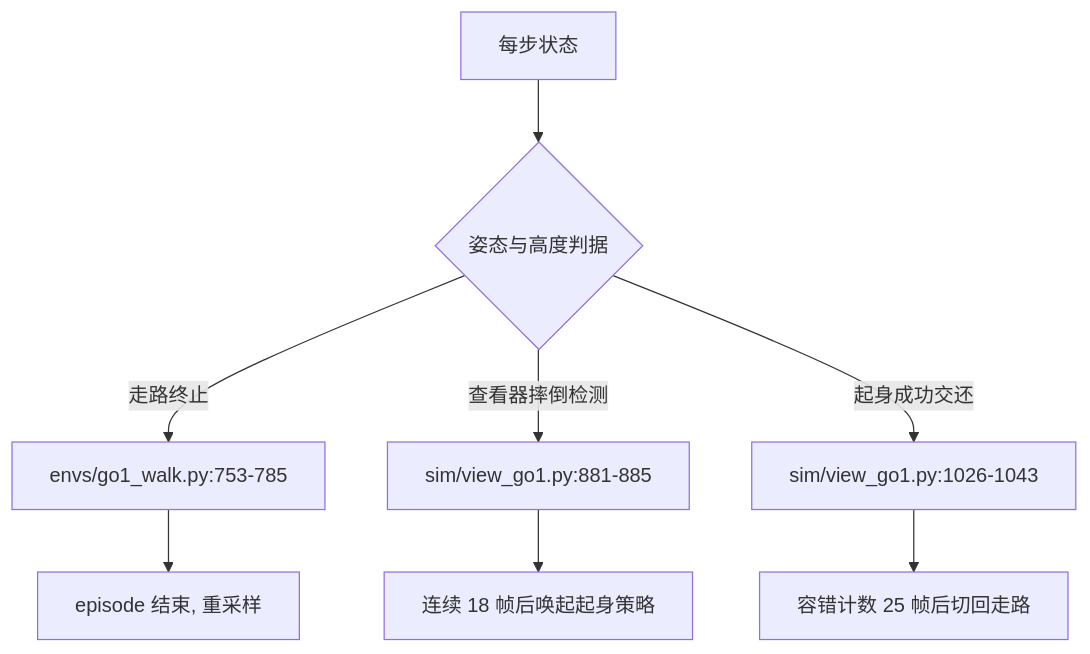
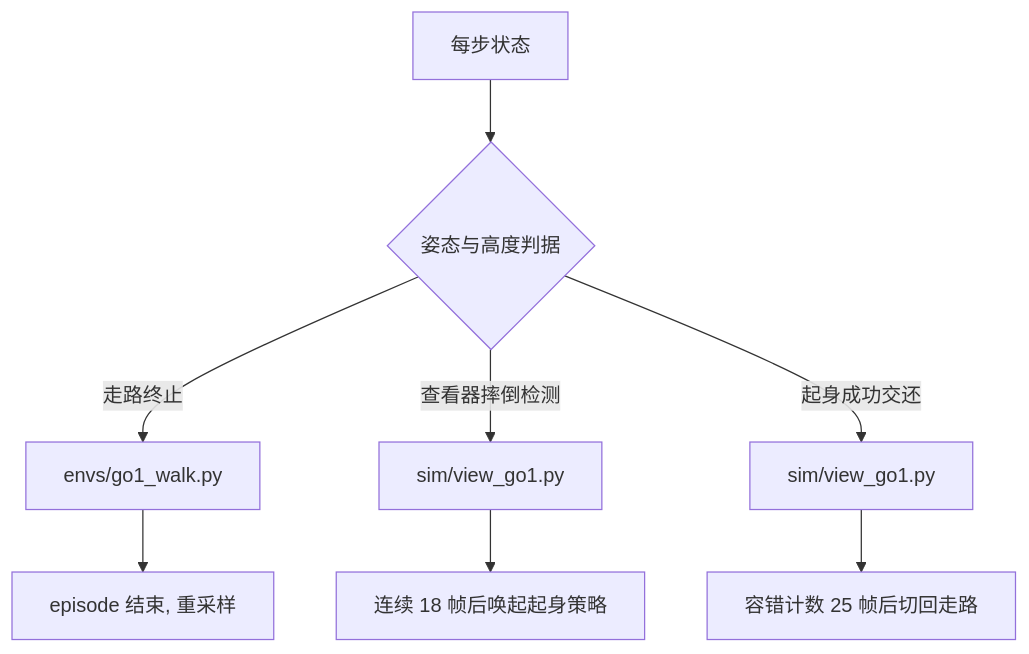
One commit to TC635807/TC63PersonalWebsite changed the first of 3 diagrams in docs/14-四足机器人/03-摔倒检测与策略调度/01-摔倒判据的三层口径.md. Above: the diagram before and after it, drawn with Mermaid. The commit also changed other lines of this file and 563 other files, not shown here.

````diff
--- a/docs/14-四足机器人/03-摔倒检测与策略调度/01-摔倒判据的三层口径.md
+++ b/docs/14-四足机器人/03-摔倒检测与策略调度/01-摔倒判据的三层口径.md
@@ -43,10 +43,10 @@
 ```mermaid
 flowchart TD
     A[每步状态] --> B{姿态与高度判据}
-    B -->|走路终止| C[envs/go1_walk.py:753-785]
-    B -->|查看器摔倒检测| D[sim/view_go1.py:881-885]
-    B -->|起身成功交还| E[sim/view_go1.py:1026-1043]
+    B -->|走路终止| C[envs/go1_walk.py]
+    B -->|查看器摔倒检测| D[sim/view_go1.py]
+    B -->|起身成功交还| E[sim/view_go1.py]
     C --> F[episode 结束, 重采样]
     D --> G[连续 18 帧后唤起起身策略]
     E --> H[容错计数 25 帧后切回走路]
 ```
````
